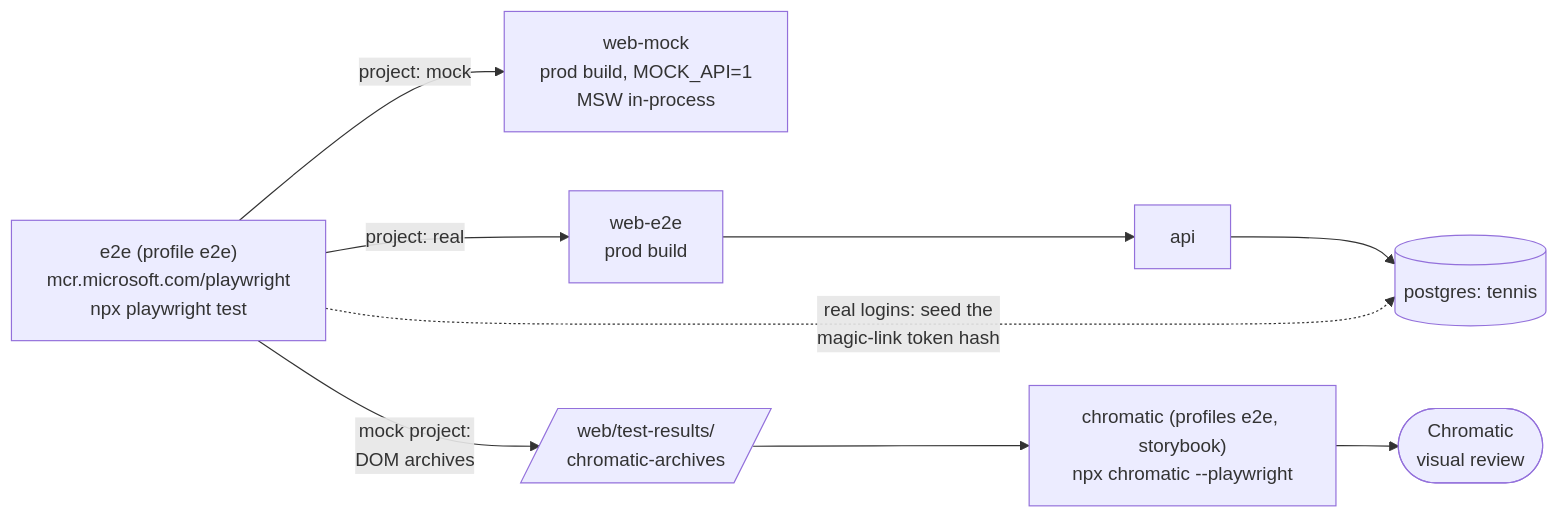
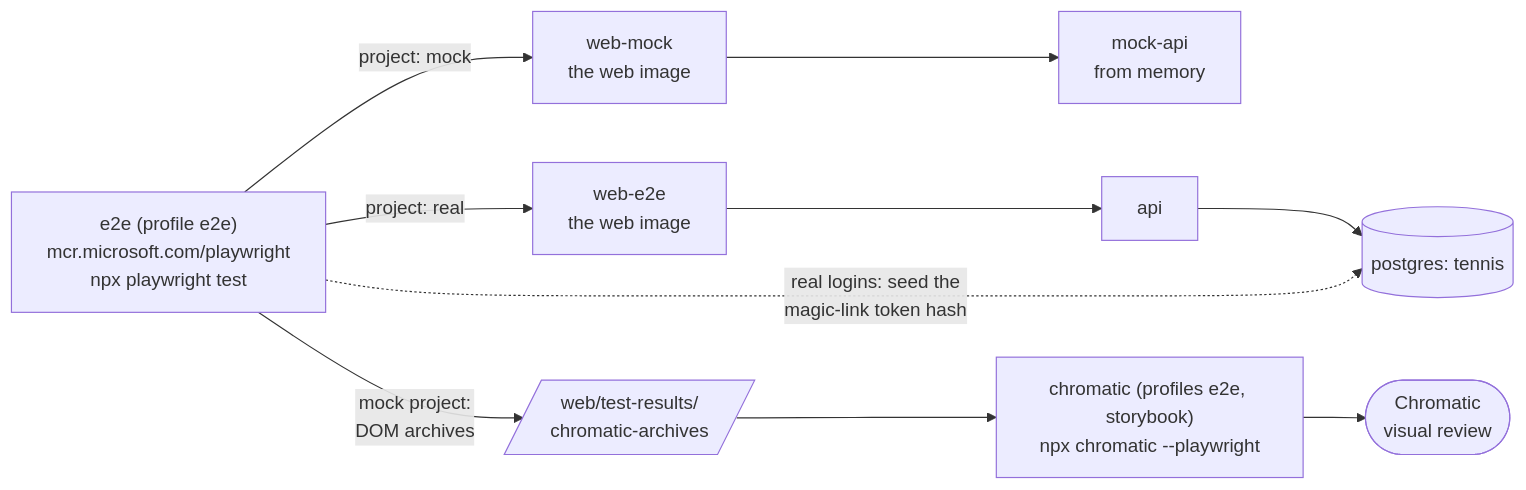
The tenth of 12 diagrams in docs/architecture.md (l1em1on1/social-tennis), drawn with Mermaid before and after one commit. The commit also changed other lines of this file and 32 other files, not shown here.

First line of the commit message:
The mock API becomes its own server: one web build for every environment (#233) (#236)

````diff
--- a/docs/architecture.md
+++ b/docs/architecture.md
@@ -484,9 +484,9 @@
 ```mermaid
 flowchart LR
-    E["e2e (profile e2e)<br/>mcr.microsoft.com/playwright<br/>npx playwright test"] -->|"project: mock"| WM["web-mock<br/>prod build, MOCK_API=1<br/>MSW in-process"]
-    E -->|"project: real"| WE["web-e2e<br/>prod build"]
+    E["e2e (profile e2e)<br/>mcr.microsoft.com/playwright<br/>npx playwright test"] -->|"project: mock"| WM["web-mock<br/>the web image"] --> MA["mock-api<br/>from memory"]
+    E -->|"project: real"| WE["web-e2e<br/>the web image"]
     WE --> A2["api"] --> DB2[("postgres: tennis")]
     E -.->|"real logins: seed the<br/>magic-link token hash"| DB2
     E -->|"mock project:<br/>DOM archives"| AR[/"web/test-results/<br/>chromatic-archives"/]
     AR --> C["chromatic (profiles e2e, storybook)<br/>npx chromatic --playwright"] --> CH(["Chromatic<br/>visual review"])
 ```
````
